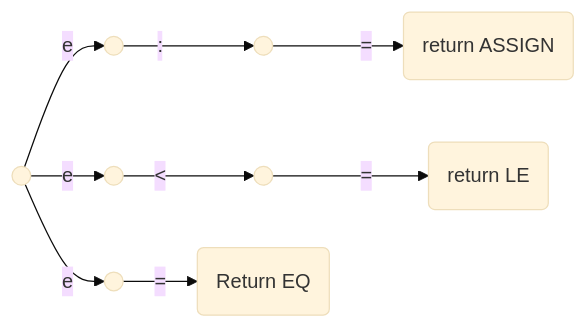
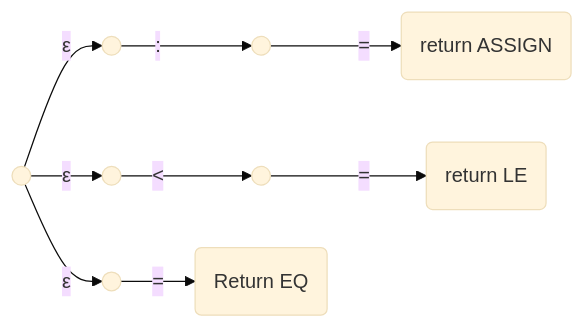
The fourth of 13 diagrams in doc/2_scanning.md (trip2eee/compiler), drawn with Mermaid (base theme) before and after one commit. The commit also changed other lines of this file, not shown here.

````diff
--- a/doc/2_scanning.md
+++ b/doc/2_scanning.md
@@ -72,6 +72,6 @@
 ```mermaid
 graph LR;
-    A(( ))-- e -->B(( ))-- : -->C(( ))-- = -->D(return ASSIGN);
-    A(( ))-- e -->E(( ))-- < -->F(( ))-- = -->G(return LE);
-    A(( ))-- e -->H(( ))-- = -->I(Return EQ);
+    A(( ))-- ε -->B(( ))-- : -->C(( ))-- = -->D(return ASSIGN);
+    A(( ))-- ε -->E(( ))-- < -->F(( ))-- = -->G(return LE);
+    A(( ))-- ε -->H(( ))-- = -->I(Return EQ);
 ```
````
